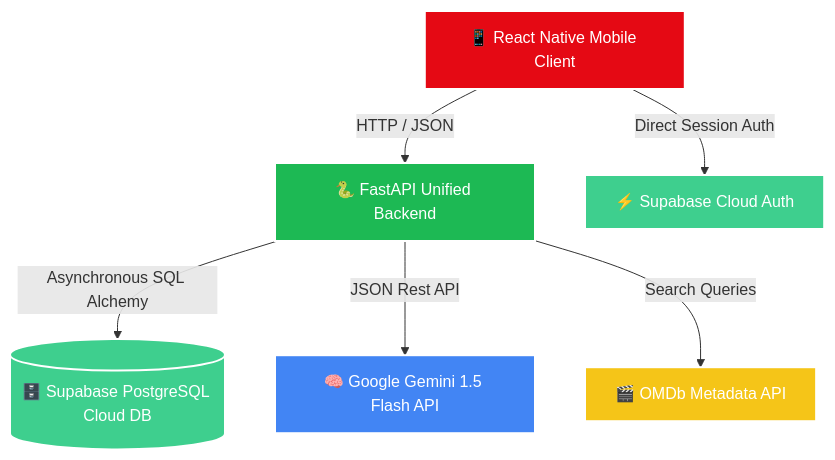
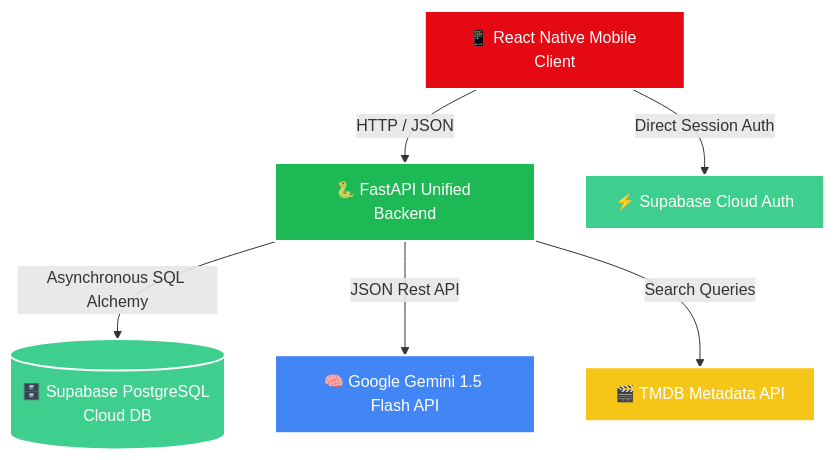
The diagram in README.md (cogniq-arpit/Cine-AI), drawn with Mermaid before and after one commit. The commit also changed other lines of this file and 38 other files, not shown here.

First line of the commit message:
feat: Migrate movie metadata service from OMDb to TMDB & clean up obsolete scratch files

````diff
--- a/README.md
+++ b/README.md
@@ -18,16 +18,16 @@
 ```mermaid
 graph TD
     A[📱 React Native Mobile Client] -->|HTTP / JSON| B[🐍 FastAPI Unified Backend]
     A -->|Direct Session Auth| C[⚡ Supabase Cloud Auth]
     
     B -->|Asynchronous SQL Alchemy| D[(🗄️ Supabase PostgreSQL Cloud DB)]
     B -->|JSON Rest API| E[🧠 Google Gemini 1.5 Flash API]
-    B -->|Search Queries| F[🎬 OMDb Metadata API]
+    B -->|Search Queries| F[🎬 TMDB Metadata API]
 
     style A fill:#e50914,stroke:#fff,stroke-width:2px,color:#fff
     style B fill:#1db954,stroke:#fff,stroke-width:2px,color:#fff
     style C fill:#3ecf8e,stroke:#fff,stroke-width:2px,color:#fff
     style D fill:#3ecf8e,stroke:#fff,stroke-width:2px,color:#fff
     style E fill:#4285f4,stroke:#fff,stroke-width:2px,color:#fff
     style F fill:#f5c518,stroke:#fff,stroke-width:2px,color:#fff
 ```
````
